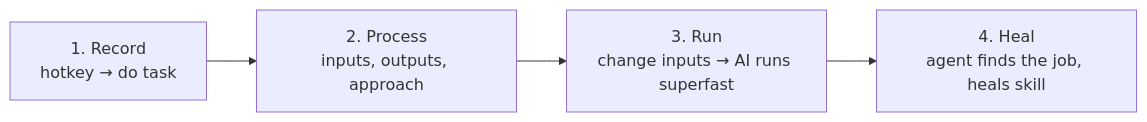
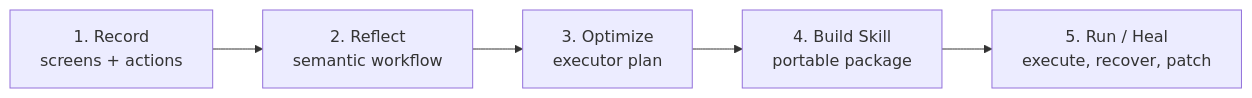
Before and after one commit to prakhar1114/ai_mime: the diagram in README.md, drawn with Mermaid. The commit also changed other lines of this file and 22 other files, not shown here.

````diff
--- a/README.md
+++ b/README.md
@@ -103,6 +109,7 @@
 ```mermaid
 graph LR
-    A[1. Record<br>hotkey → do task] --> B[2. Process<br>inputs, outputs, approach]
-    B --> C[3. Run<br>change inputs → AI runs superfast]
-    C --> D[4. Heal<br>agent finds the job, heals skill]
+    A["1. Record<br/>screens + actions"] --> B["2. Reflect<br/>semantic workflow"]
+    B --> C["3. Optimize<br/>executor plan"]
+    C --> D["4. Build Skill<br/>portable package"]
+    D --> E["5. Run / Heal<br/>execute, recover, patch"]
 ```
````
